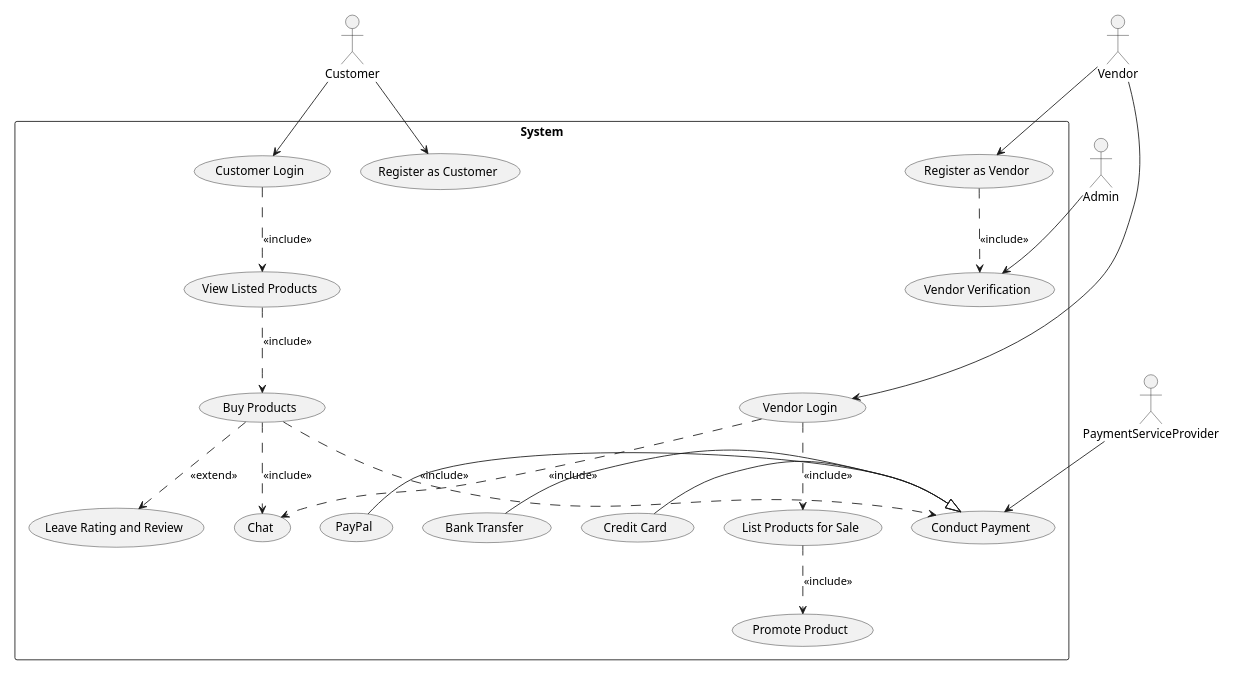
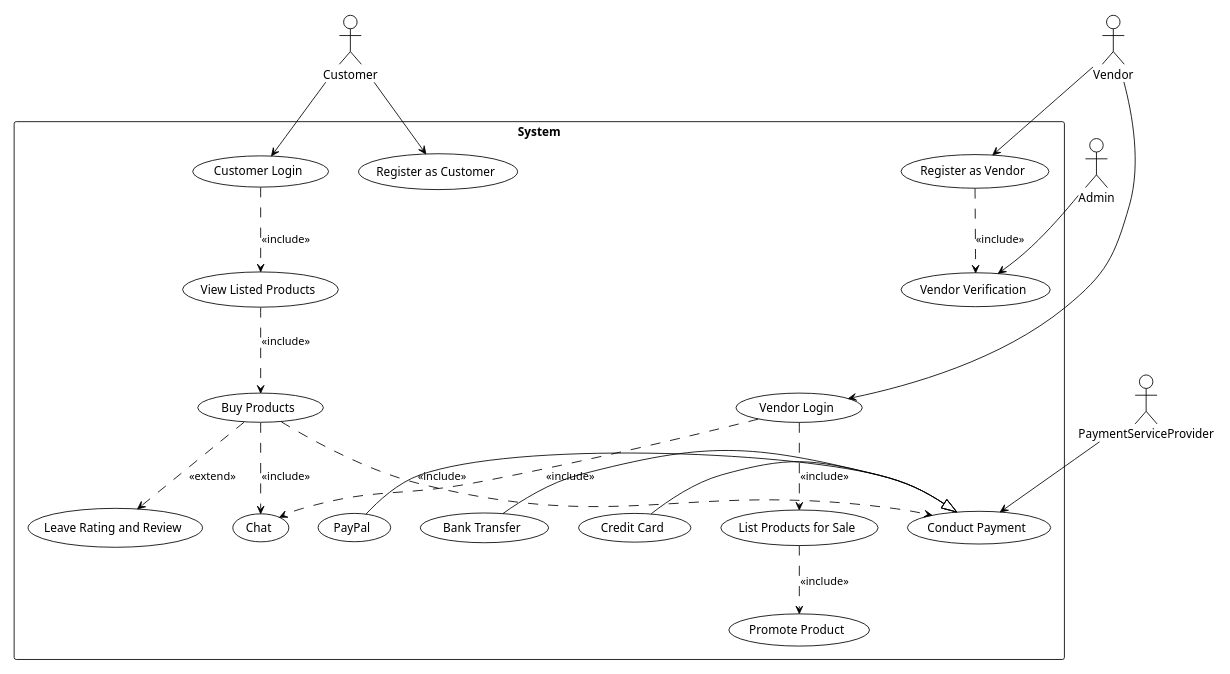
Before and after one commit to peter-gy/ecommerce-cloud-architecture: the diagram in report/diagrams/use-case.puml, drawn with PlantUML. The commit also changed 4 other files, not shown here.

```diff
--- a/report/diagrams/use-case.puml
+++ b/report/diagrams/use-case.puml
@@ -1,32 +1,33 @@
 @startuml
+!theme plain
 skinparam dpi 300
 scale max 270 width
 top to bottom direction
 skinparam packageStyle rectangle
 actor Customer
 actor Vendor
 actor Admin
 actor PaymentServiceProvider
 rectangle System {
   Customer --> (Register as Customer)
   Customer --> (Customer Login)
   (Customer Login) ..> (View Listed Products) : <<include>>
   (View Listed Products) ..> (Buy Products) : <<include>>
   (Buy Products) ..> (Leave Rating and Review)  : <<extend>>
   (Buy Products) ..> (Conduct Payment)  :<<include>>
   (Buy Products) ..> (Chat)  :<<include>>
 
   Vendor --> (Register as Vendor)
   Vendor --> (Vendor Login)
   (Vendor Login) ..> (List Products for Sale) : <<include>>
   (Vendor Login) ..> (Chat) : <<include>>
   (Register as Vendor) ..> (Vendor Verification) : <<include>>
   (List Products for Sale) ..> (Promote Product) : <<include>>
 
   Admin --> (Vendor Verification)
   PaymentServiceProvider --> (Conduct Payment)
   (Credit Card) -|> (Conduct Payment)
   (Bank Transfer) -|> (Conduct Payment)
   (PayPal) -|> (Conduct Payment)
 }
 @enduml
```
